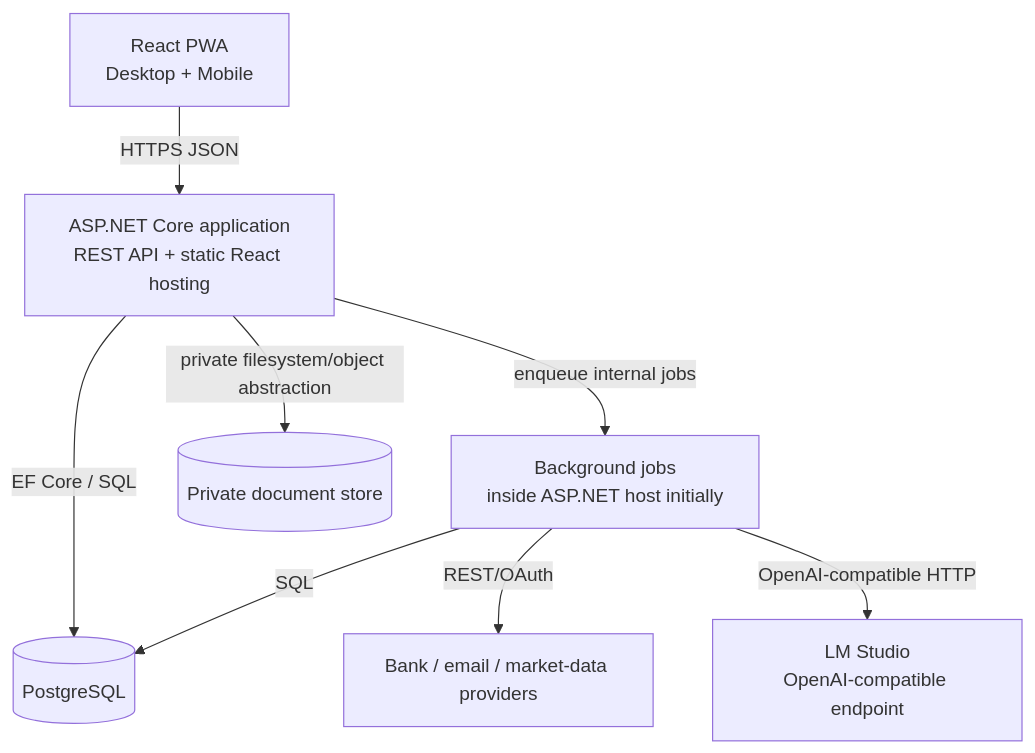
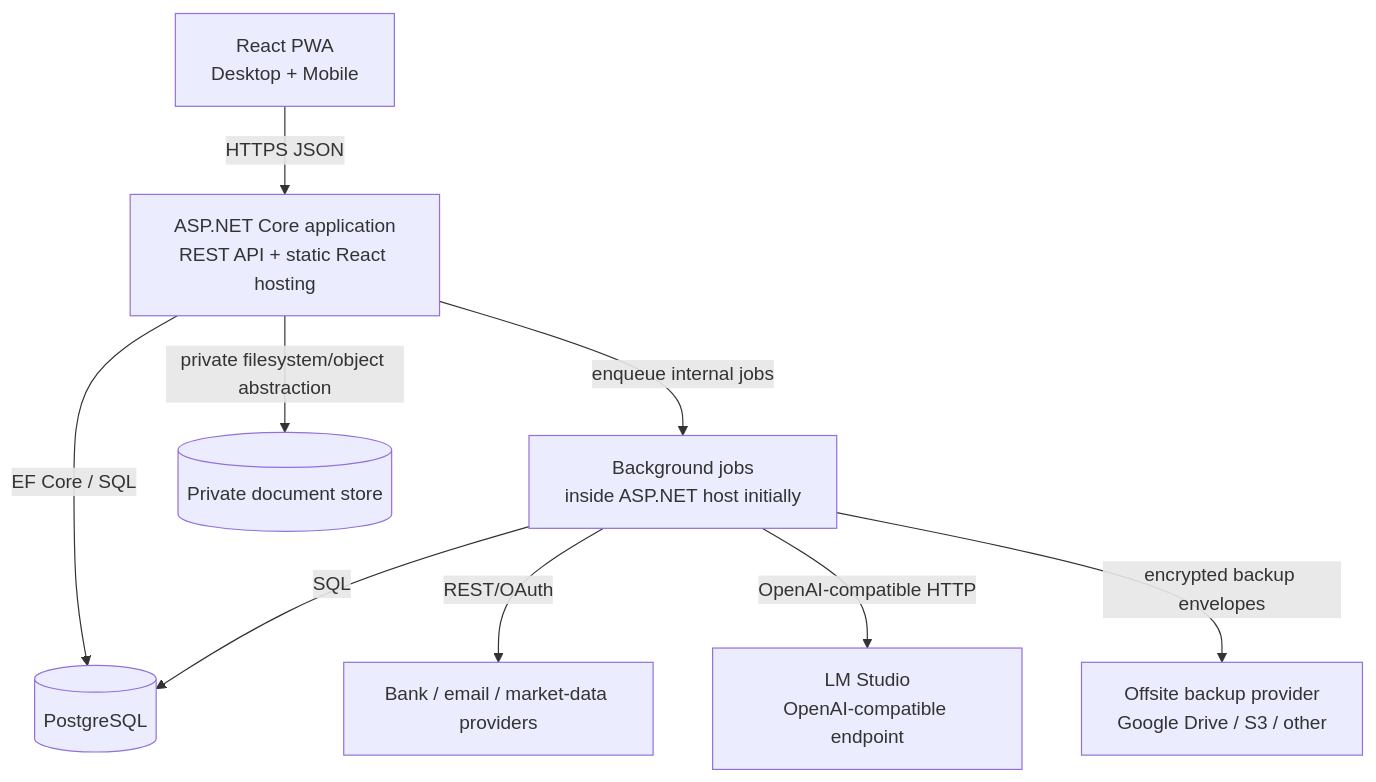
Before and after one commit to blac9216/Pryvance: the second of 3 diagrams in docs/explanation/architecture.md, drawn with Mermaid. The commit also changed other lines of this file, not shown here.

Commit message:
docs: add encrypted offsite backup architecture

````diff
--- a/docs/explanation/architecture.md
+++ b/docs/explanation/architecture.md
@@ -24,18 +27,20 @@
 ```mermaid
 flowchart TB
     Browser[React PWA\nDesktop + Mobile]
     App[ASP.NET Core application\nREST API + static React hosting]
     Worker[Background jobs\ninside ASP.NET host initially]
     DB[(PostgreSQL)]
     Files[(Private document store)]
     AI[LM Studio\nOpenAI-compatible endpoint]
     Providers[Bank / email / market-data providers]
+    Backup[Offsite backup provider\nGoogle Drive / S3 / other]
 
     Browser -->|HTTPS JSON| App
     App -->|EF Core / SQL| DB
     App -->|private filesystem/object abstraction| Files
     App -->|enqueue internal jobs| Worker
     Worker -->|SQL| DB
     Worker -->|REST/OAuth| Providers
     Worker -->|OpenAI-compatible HTTP| AI
+    Worker -->|encrypted backup envelopes| Backup
 ```
````
